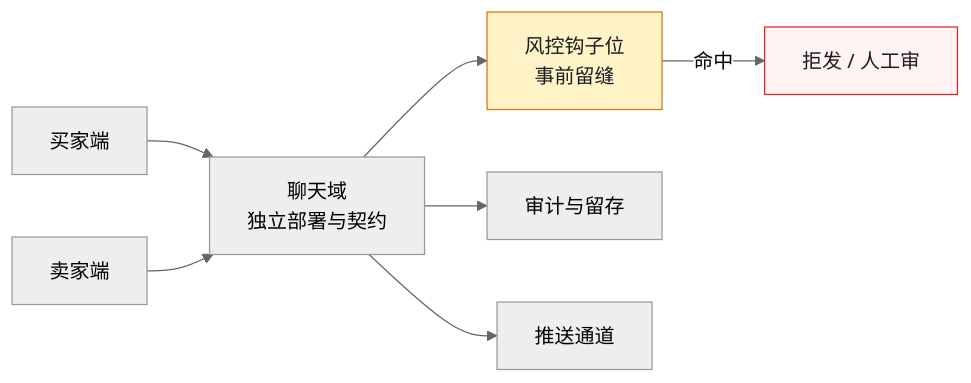
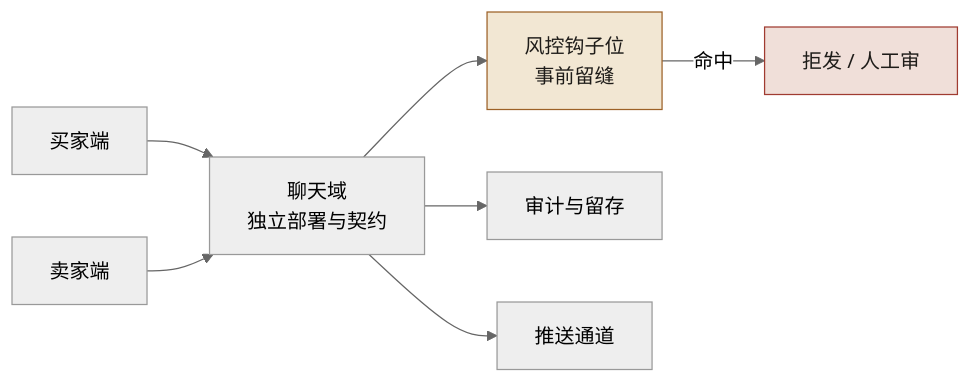
One commit to funny8kids/AI_Native_Software_Engineering changed the first of 2 diagrams in docs/manuscript/ch21-第16章-聊天功能.md. Above: the diagram before and after it, drawn with Mermaid (neutral theme). The commit also changed other lines of this file and 81 other files, not shown here.

````diff
--- a/docs/manuscript/ch21-第16章-聊天功能.md
+++ b/docs/manuscript/ch21-第16章-聊天功能.md
@@ -8,11 +13,11 @@
 ```mermaid
 flowchart LR
   U1[买家端] --> CHAT[聊天域<br/>独立部署与契约]
   U2[卖家端] --> CHAT
   CHAT --> HOOK[风控钩子位<br/>事前留缝]
   CHAT --> AUDIT[审计与留存]
   CHAT --> PUSH[推送通道]
   HOOK -->|命中| BLOCK[拒发 / 人工审]
-  style HOOK fill:#fef3c7,stroke:#d97706,color:#1a1d23
-  style BLOCK fill:#fef2f2,stroke:#dc2626,color:#1a1d23
+  style HOOK fill:#f2e7d3,stroke:#9d6127,color:#1e1c19
+  style BLOCK fill:#f0dfd9,stroke:#a03b31,color:#1e1c19
 ```
````
